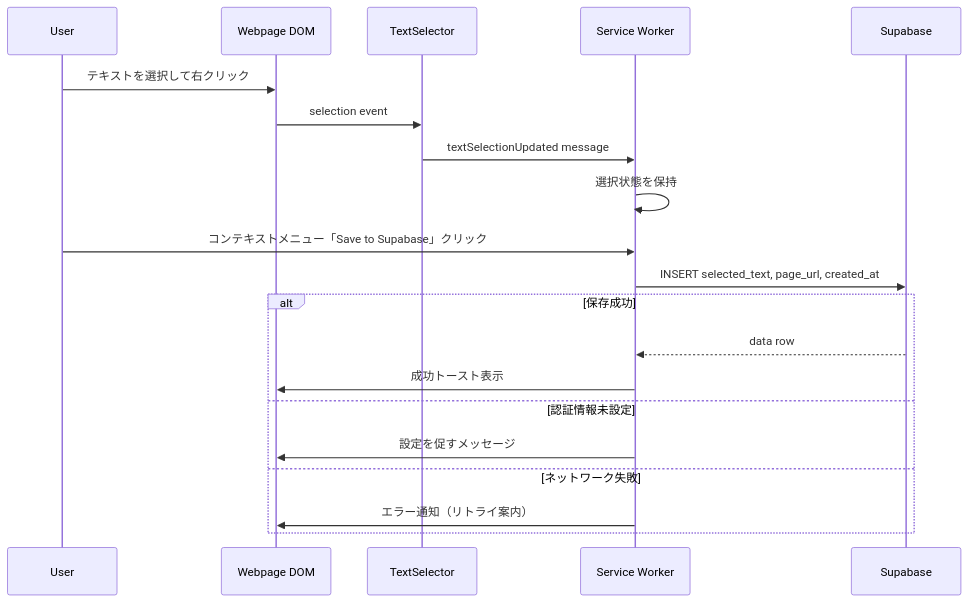
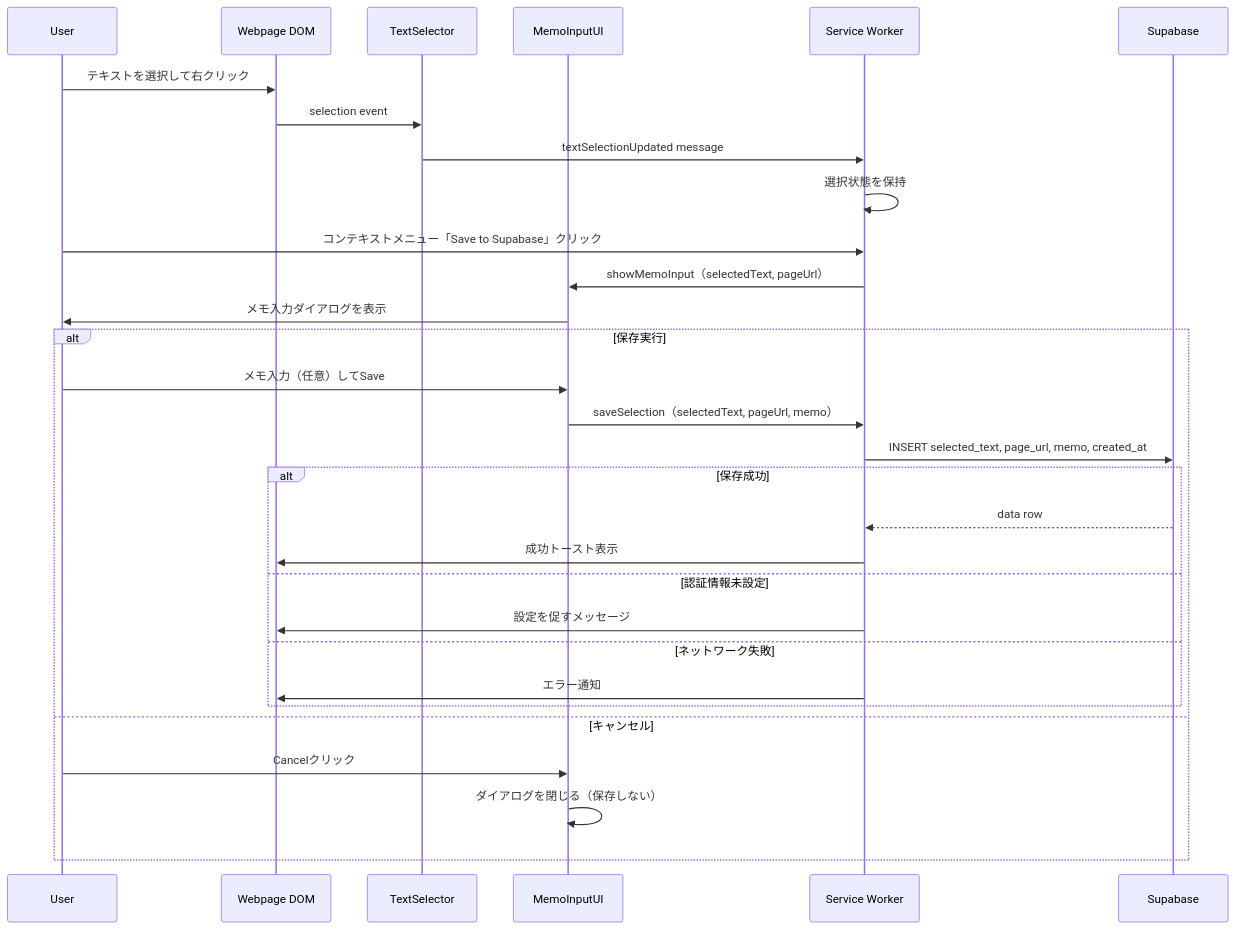
One commit to ryu-sato/reading-web-supporter changed the second of 3 diagrams in .kiro/specs/reading-support/design.md. Above: the diagram before and after it, drawn with Mermaid. The commit also changed other lines of this file and 2 other files, not shown here.

First line of the commit message:
feat: Add memo functionality to reading support

````diff
--- a/.kiro/specs/reading-support/design.md
+++ b/.kiro/specs/reading-support/design.md
@@ -200,25 +211,36 @@
 ```mermaid
 sequenceDiagram
     participant User
     participant Page as Webpage DOM
     participant CS as TextSelector
+    participant MUI as MemoInputUI
     participant SW as Service Worker
     participant SB as Supabase
 
     User->>Page: テキストを選択して右クリック
     Page->>CS: selection event
     CS->>SW: textSelectionUpdated message
     SW->>SW: 選択状態を保持
 
     User->>SW: コンテキストメニュー「Save to Supabase」クリック
-    SW->>SB: INSERT selected_text, page_url, created_at
+    SW->>MUI: showMemoInput（selectedText, pageUrl）
+    MUI->>User: メモ入力ダイアログを表示
 
-    alt 保存成功
-        SB-->>SW: data row
-        SW->>Page: 成功トースト表示
-    else 認証情報未設定
-        SW->>Page: 設定を促すメッセージ
-    else ネットワーク失敗
-        SW->>Page: エラー通知（リトライ案内）
+    alt 保存実行
+        User->>MUI: メモ入力（任意）してSave
+        MUI->>SW: saveSelection（selectedText, pageUrl, memo）
+        SW->>SB: INSERT selected_text, page_url, memo, created_at
+
+        alt 保存成功
+            SB-->>SW: data row
+            SW->>Page: 成功トースト表示
+        else 認証情報未設定
+            SW->>Page: 設定を促すメッセージ
+        else ネットワーク失敗
+            SW->>Page: エラー通知
+        end
+    else キャンセル
+        User->>MUI: Cancelクリック
+        MUI->>MUI: ダイアログを閉じる（保存しない）
     end
 ```
````
